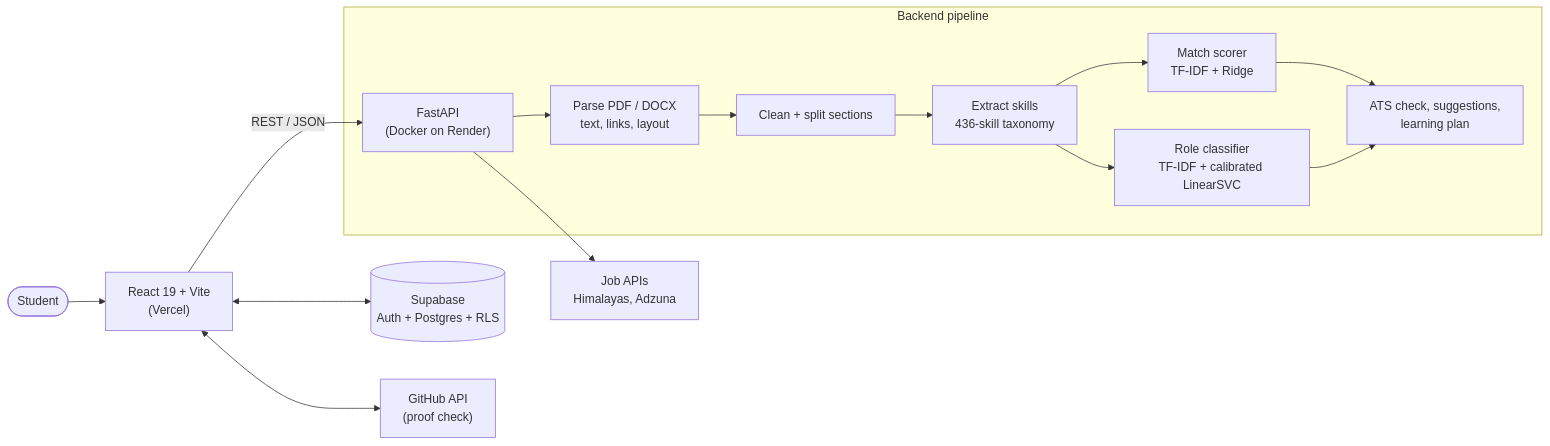
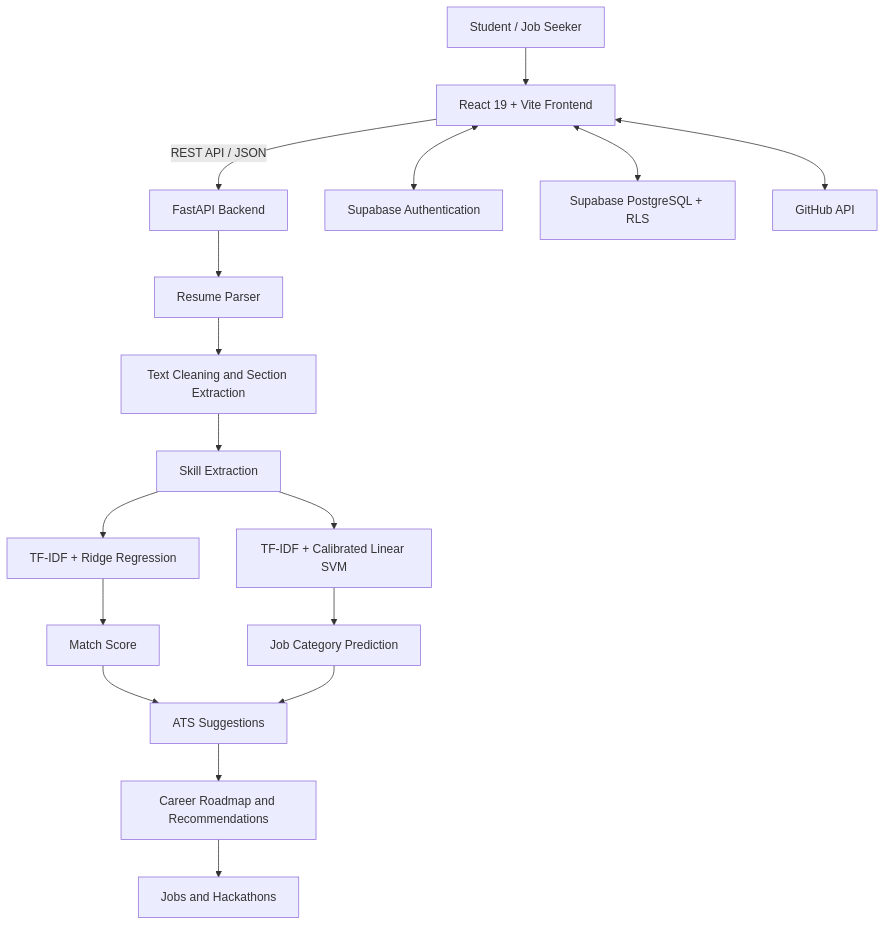
Before and after one commit to Suri-618/AI-Resume-Analyzer: the diagram in README.md, drawn with Mermaid. The commit also changed other lines of this file, not shown here.

````diff
--- a/README.md
+++ b/README.md
@@ -76,17 +183,27 @@
 ```mermaid
-flowchart LR
-    U([Student]) --> FE["React 19 + Vite<br/>(Vercel)"]
-    FE -- "REST / JSON" --> API["FastAPI<br/>(Docker on Render)"]
-    FE <--> SB[("Supabase<br/>Auth + Postgres + RLS")]
-    FE <--> GH["GitHub API<br/>(proof check)"]
-    subgraph Backend pipeline
-      API --> P["Parse PDF / DOCX<br/>text, links, layout"]
-      P --> C[Clean + split sections]
-      C --> S["Extract skills<br/>436-skill taxonomy"]
-      S --> M["Match scorer<br/>TF-IDF + Ridge"]
-      S --> R["Role classifier<br/>TF-IDF + calibrated LinearSVC"]
-      M --> A["ATS check, suggestions,<br/>learning plan"]
-      R --> A
-    end
-    API --> J["Job APIs<br/>Himalayas, Adzuna"]
+flowchart TD
+    A[Student / Job Seeker]
+
+    A --> B[React 19 + Vite Frontend]
+
+    B -->|REST API / JSON| C[FastAPI Backend]
+    B <--> D[Supabase Authentication]
+    B <--> E[Supabase PostgreSQL + RLS]
+    B <--> F[GitHub API]
+
+    C --> G[Resume Parser]
+    G --> H[Text Cleaning and Section Extraction]
+    H --> I[Skill Extraction]
+
+    I --> J[TF-IDF + Ridge Regression]
+    I --> K[TF-IDF + Calibrated Linear SVM]
+
+    J --> L[Match Score]
+    K --> M[Job Category Prediction]
+
+    L --> N[ATS Suggestions]
+    M --> N
+
+    N --> O[Career Roadmap and Recommendations]
+    O --> P[Jobs and Hackathons]
 ```
````
